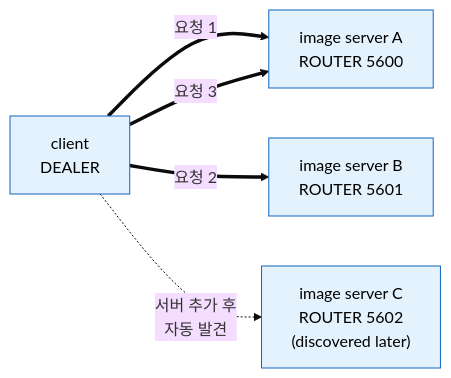
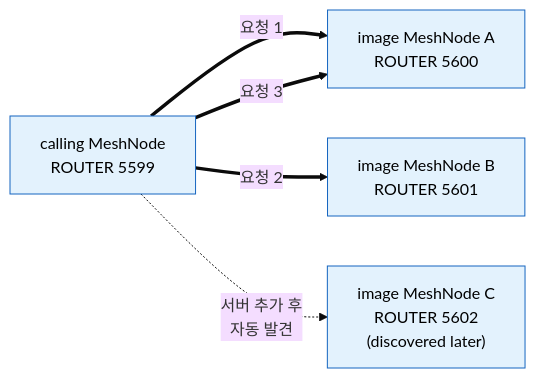
The third of 4 diagrams in framework/doc/framework/cpp/guide/07-channel-messaging.ko.md (kairos-code-dev/zlink), drawn with Mermaid (base theme) before and after one commit. The commit also changed other lines of this file and 293 other files, not shown here.

````diff
--- a/framework/doc/framework/cpp/guide/07-channel-messaging.ko.md
+++ b/framework/doc/framework/cpp/guide/07-channel-messaging.ko.md
@@ -271,14 +277,14 @@
 ```mermaid
 flowchart LR
-    C["client<br/>DEALER"]:::channel
-    S1["image server A<br/>ROUTER 5600"]:::channel
-    S2["image server B<br/>ROUTER 5601"]:::channel
-    S3["image server C<br/>ROUTER 5602<br/>(discovered later)"]:::channel
+    C["calling MeshNode<br/>ROUTER 5599"]:::channel
+    S1["image MeshNode A<br/>ROUTER 5600"]:::channel
+    S2["image MeshNode B<br/>ROUTER 5601"]:::channel
+    S3["image MeshNode C<br/>ROUTER 5602<br/>(discovered later)"]:::channel
 
     C == "요청 1" ==> S1
     C == "요청 2" ==> S2
     C == "요청 3" ==> S1
     C -. "서버 추가 후<br/>자동 발견" .-> S3
 
     classDef channel fill:#e3f2fd,stroke:#1565c0,color:#000000
 ```
````
